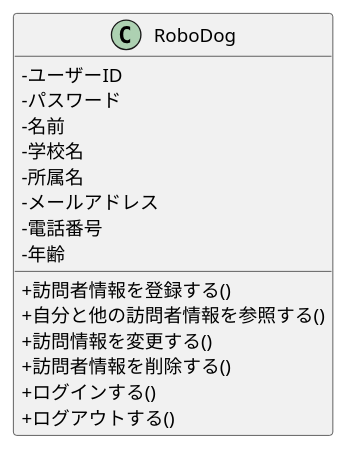
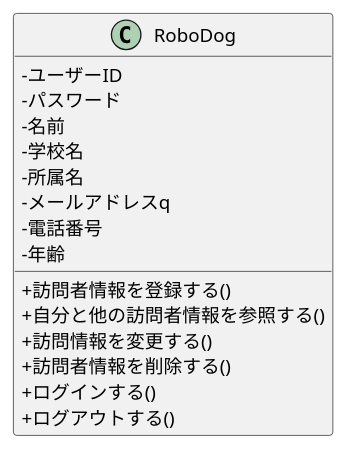
Before and after one commit to ghbuser12/ohara_uml: the diagram in 07_web_visitor/class.pu, drawn with PlantUML. The commit also changed 1 other file, not shown here.

```diff
--- a/07_web_visitor/class.pu
+++ b/07_web_visitor/class.pu
@@ -1,19 +1,19 @@
 @startuml .
 skinparam classAttributeIconSize 0
 class RoboDog {
  -ユーザーID
  -パスワード
  -名前
  -学校名
  -所属名
- -メールアドレス
+ -メールアドレスq
  -電話番号
  -年齢
  +訪問者情報を登録する()
  +自分と他の訪問者情報を参照する()
  +訪問情報を変更する()
  +訪問者情報を削除する()
  +ログインする()
  +ログアウトする()
 }
 @enduml
```
